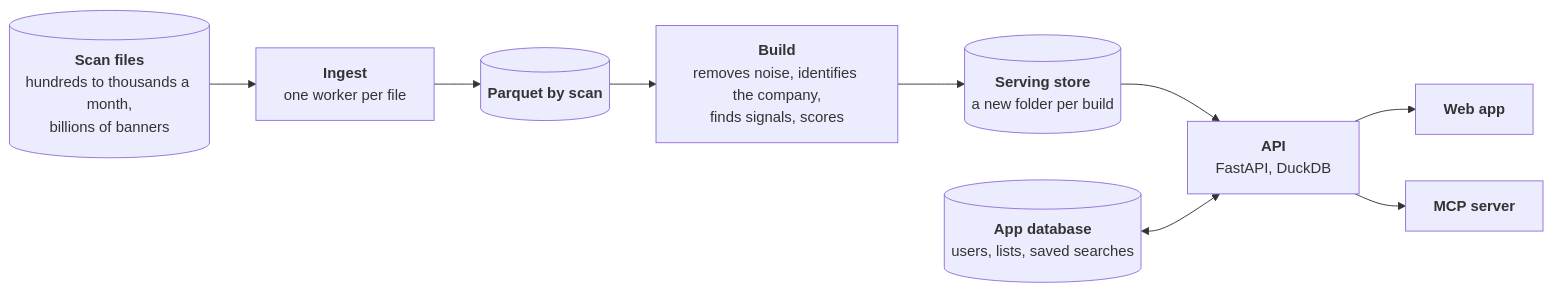
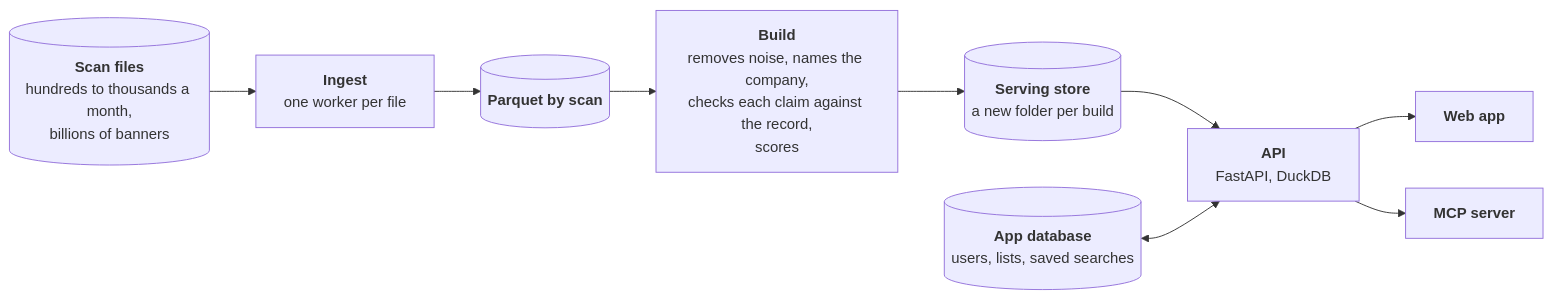
The first of 7 diagrams in docs/architecture.md (SahilChoudhary22/recon-sales-intelligence), drawn with Mermaid before and after one commit. The commit also changed other lines of this file and 2 other files, not shown here.

First line of the commit message:
Docs: end-to-end tracing design, cutting LLM cost further, stack and agents decision; diagrams brought up to date

````diff
--- a/docs/architecture.md
+++ b/docs/architecture.md
@@ -17,11 +17,11 @@
 ```mermaid
 flowchart LR
   files[("<b>Scan files</b><br/>hundreds to thousands a month,<br/>billions of banners")] --> ingest["<b>Ingest</b><br/>one worker per file"]
   ingest --> lake[("<b>Parquet by scan</b>")]
-  lake --> build["<b>Build</b><br/>removes noise, identifies the company,<br/>finds signals, scores"]
+  lake --> build["<b>Build</b><br/>removes noise, names the company,<br/>checks each claim against the record,<br/>scores"]
   build --> store[("<b>Serving store</b><br/>a new folder per build")]
   store --> api["<b>API</b><br/>FastAPI, DuckDB"]
   appdb[("<b>App database</b><br/>users, lists, saved searches")] <--> api
   api --> app["<b>Web app</b>"]
   api --> mcp["<b>MCP server</b>"]
 ```
````
